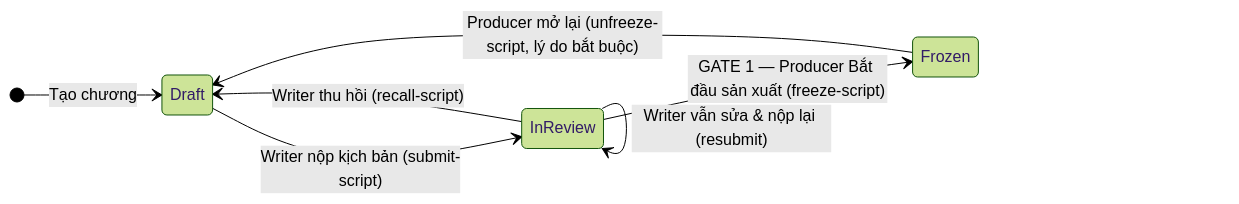
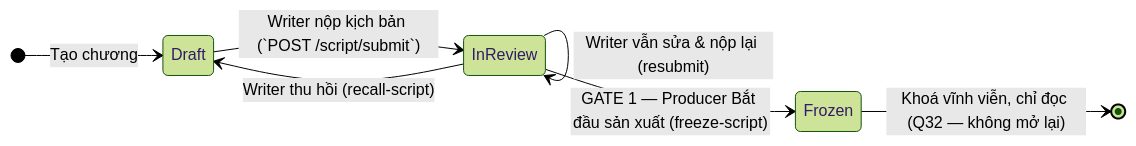
The diagram in docs/note/plans/01_SCRIPT_PLAN.md (tkiennt/panelforge-hubs), drawn with Mermaid (forest theme) before and after one commit. The commit also changed other lines of this file and 16 other files, not shown here.

First line of the commit message:
docs(notes): add review loop rules br-36..41 and hard script freeze

````diff
--- a/docs/note/plans/01_SCRIPT_PLAN.md
+++ b/docs/note/plans/01_SCRIPT_PLAN.md
@@ -42,10 +44,10 @@
 ```mermaid
 stateDiagram-v2
     direction LR
     [*] --> Draft: Tạo chương
-    Draft --> InReview: Writer nộp kịch bản (submit-script)
+    Draft --> InReview: Writer nộp kịch bản (`POST /script/submit`)
     InReview --> Draft: Writer thu hồi (recall-script)
     InReview --> InReview: Writer vẫn sửa & nộp lại (resubmit)
     InReview --> Frozen: GATE 1 — Producer Bắt đầu sản xuất (freeze-script)
-    Frozen --> Draft: Producer mở lại (unfreeze-script, lý do bắt buộc)
+    Frozen --> [*]: Khoá vĩnh viễn, chỉ đọc (Q32 — không mở lại)
 ```
````
